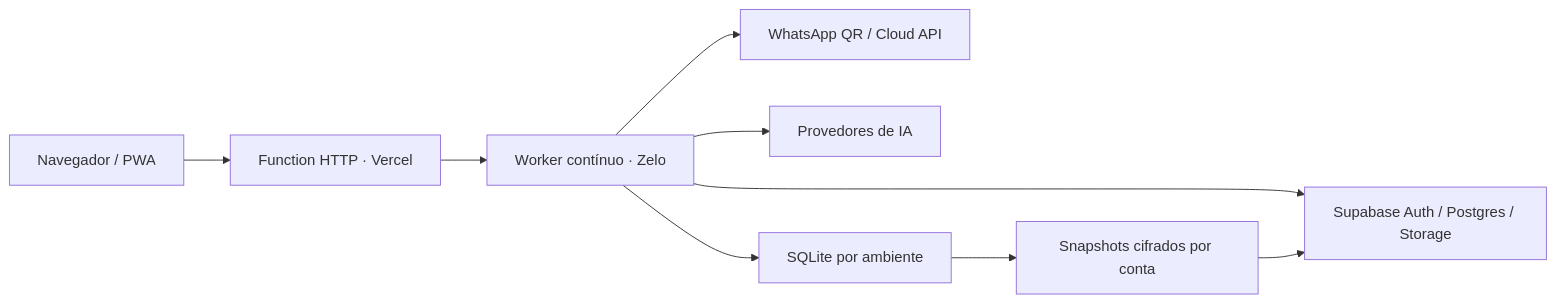
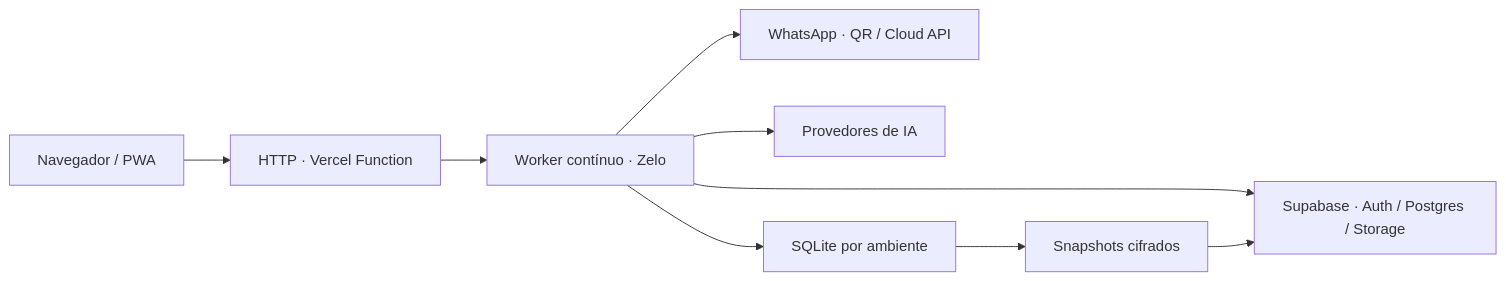
Before and after one commit to RafaelADSdev/Zelo: the diagram in README.md, drawn with Mermaid. The commit also changed other lines of this file and 8 other files, not shown here.

````diff
--- a/README.md
+++ b/README.md
@@ -133,11 +192,11 @@
 ```mermaid
 flowchart LR
-    A["Navegador / PWA"] --> B["Function HTTP · Vercel"]
+    A["Navegador / PWA"] --> B["HTTP · Vercel Function"]
     B --> C["Worker contínuo · Zelo"]
-    C --> D["WhatsApp QR / Cloud API"]
+    C --> D["WhatsApp · QR / Cloud API"]
     C --> E["Provedores de IA"]
-    C --> F["Supabase Auth / Postgres / Storage"]
+    C --> F["Supabase · Auth / Postgres / Storage"]
     C --> G["SQLite por ambiente"]
-    G --> H["Snapshots cifrados por conta"]
+    G --> H["Snapshots cifrados"]
     H --> F
 ```
````
